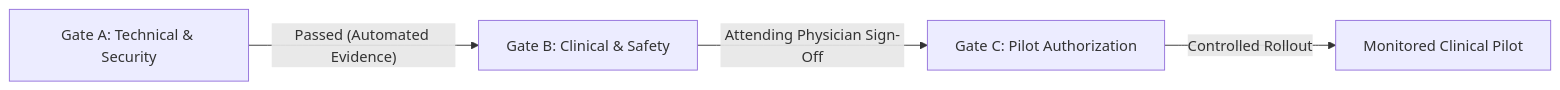
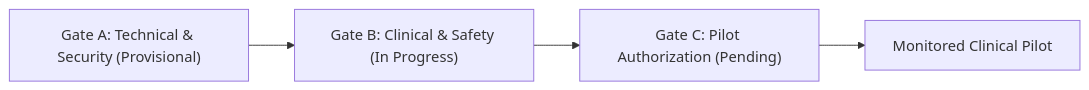
The diagram in docs/PILOT_READINESS.md (PuneethPujala/ai-medical-voice-agent), drawn with Mermaid before and after one commit. The commit also changed other lines of this file and 8 other files, not shown here.

Commit message:
feat(security): enforce test database target isolation, add cross-tenant mutation defense, and reconcile pilot readiness gate

````diff
--- a/docs/PILOT_READINESS.md
+++ b/docs/PILOT_READINESS.md
@@ -83,6 +79,6 @@
 ```mermaid
 flowchart LR
-    A["Gate A: Technical & Security"] -->|"Passed (Automated Evidence)"| B["Gate B: Clinical & Safety"]
-    B -->|"Attending Physician Sign-Off"| C["Gate C: Pilot Authorization"]
-    C -->|"Controlled Rollout"| D["Monitored Clinical Pilot"]
+    A["Gate A: Technical & Security (Provisional)"] --> B["Gate B: Clinical & Safety (In Progress)"]
+    B --> C["Gate C: Pilot Authorization (Pending)"]
+    C --> D["Monitored Clinical Pilot"]
 ```
````
